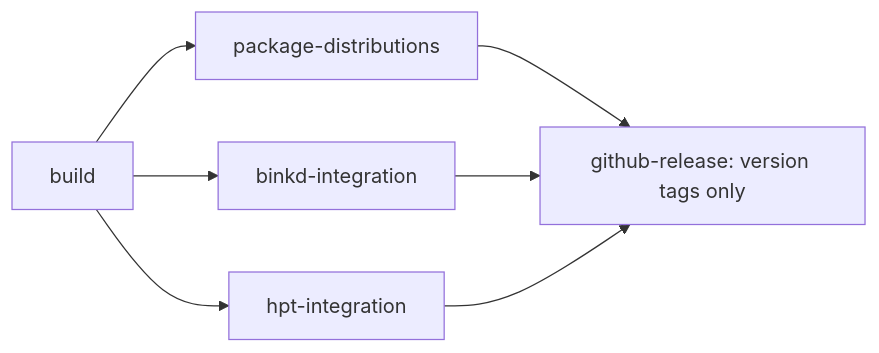
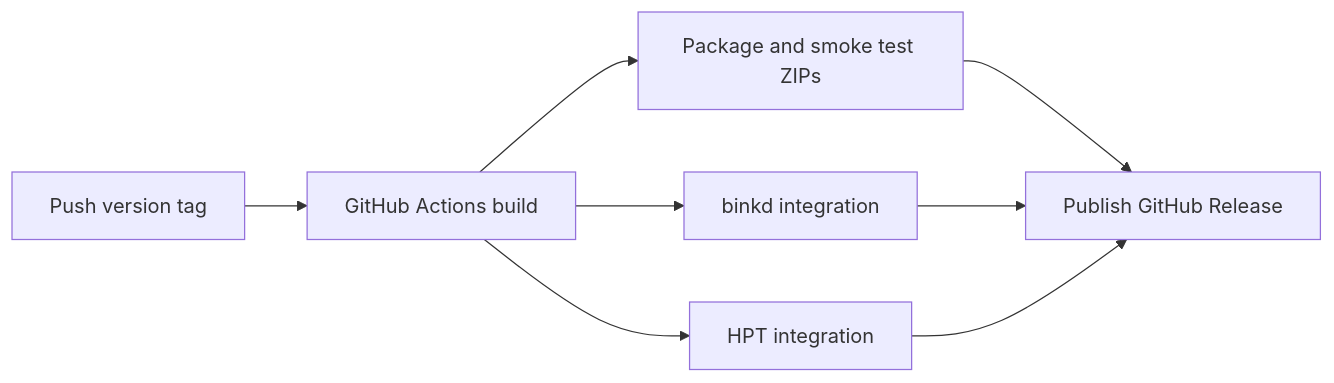
The diagram in docs/distributions.md (vkravets/Fido4Java), drawn with Mermaid before and after one commit. The commit also changed other lines of this file and 7 other files, not shown here.

Commit message:
Moved tag releases to GitHub Actions with built-in token authentication

````diff
--- a/docs/distributions.md
+++ b/docs/distributions.md
@@ -76,9 +84,10 @@
 ```mermaid
 flowchart LR
-    build --> package[package-distributions]
-    build --> binkd[binkd-integration]
-    build --> hpt[hpt-integration]
-    package --> release[github-release: version tags only]
-    binkd --> release
-    hpt --> release
+    tag[Push version tag] --> build[GitHub Actions build]
+    build --> package[Package and smoke test ZIPs]
+    build --> binkd[binkd integration]
+    build --> hpt[HPT integration]
+    package --> publish[Publish GitHub Release]
+    binkd --> publish
+    hpt --> publish
 ```
````
